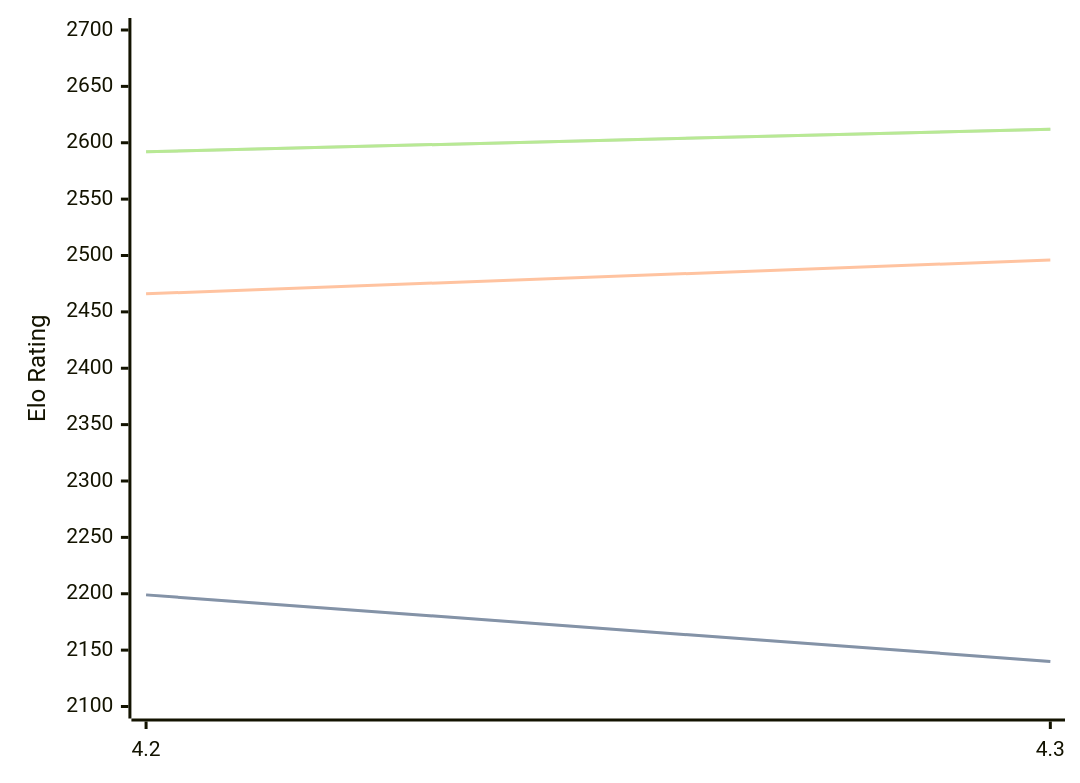
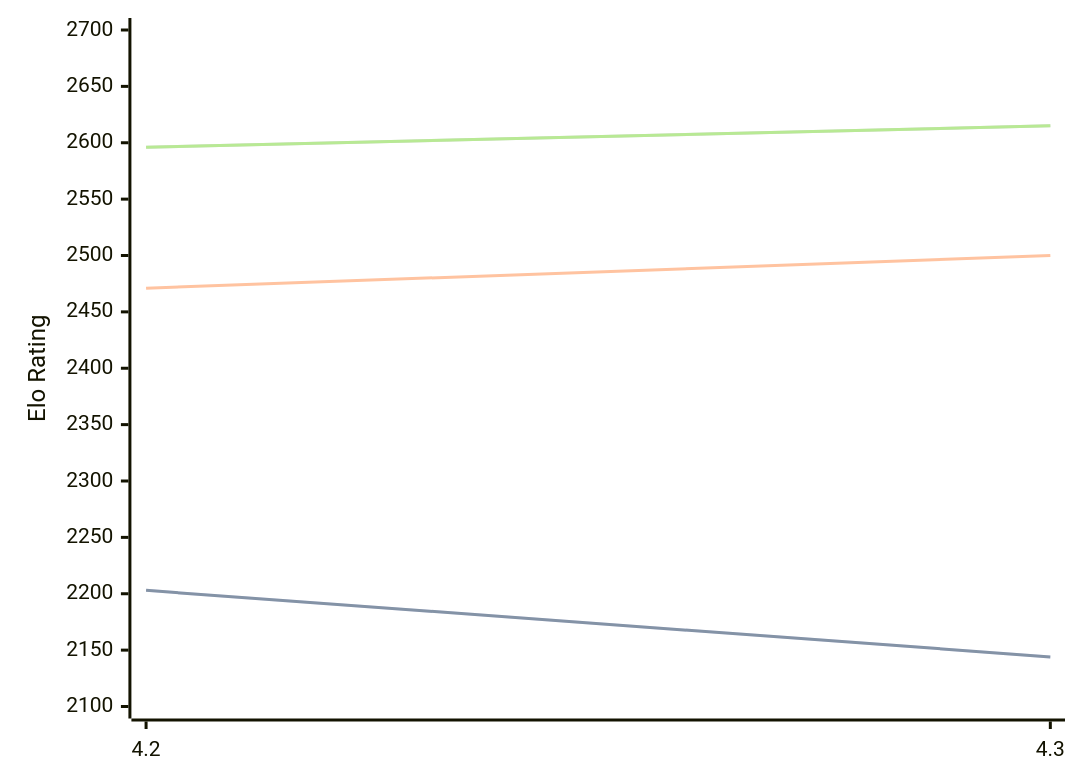
One commit to computer-chess-index/cci changed the diagram in engines/Eubos.md. Above: the diagram before and after it, drawn with Mermaid. The commit also changed other lines of this file, not shown here.

Commit message:
Update CCI Ratings (ELO VLTC) - 2026-05-02

````diff
--- a/engines/Eubos.md
+++ b/engines/Eubos.md
@@ -88,11 +88,11 @@
 ```mermaid
 %%{init: {"theme":"base","themeVariables":{"seriesColors:['#a3a3a3','#222221','#faa371']}}}%%
 xychart-beta
   x-axis ["4.2", "4.3"]
   y-axis "Elo Rating" 2100 --> 2700
-  line "STC (8.0+0.08s)" [2199, 2140]
-  line "STC (8.0+0.08s)" [2199, 2140]
-  line "LTC (60.0+0.60s)" [2466, 2496]
-  line "VLTC (2m24s+1.12s)" [2592, 2612]
-  line "VLTC (2m24s+1.12s)" [2592, 2612]
+  line "STC (8.0+0.08s)" [2203, 2144]
+  line "STC (8.0+0.08s)" [2203, 2144]
+  line "LTC (60.0+0.60s)" [2471, 2500]
+  line "VLTC (2m24s+1.12s)" [2596, 2615]
+  line "VLTC (2m24s+1.12s)" [2596, 2615]
 ```
````
